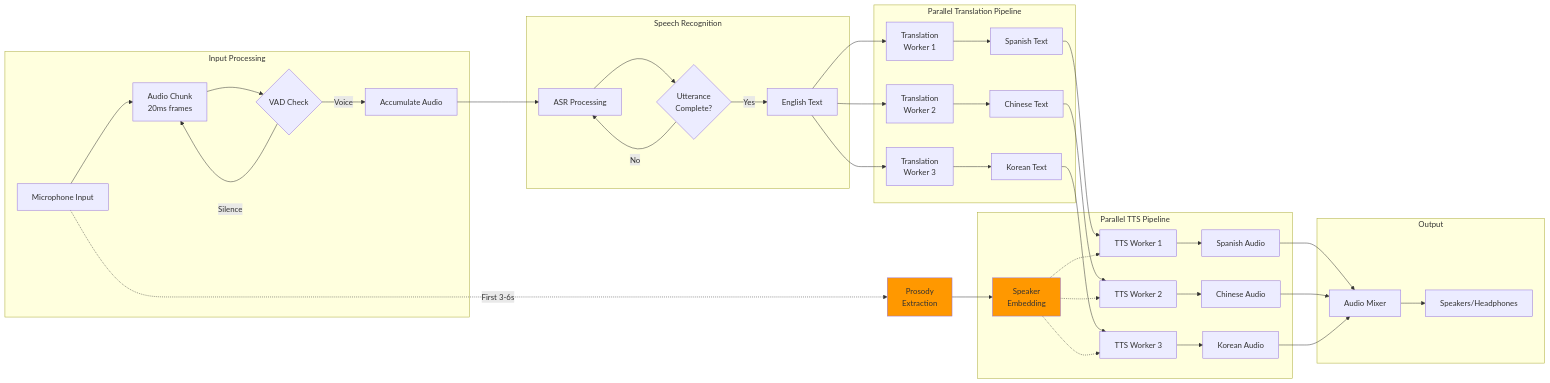
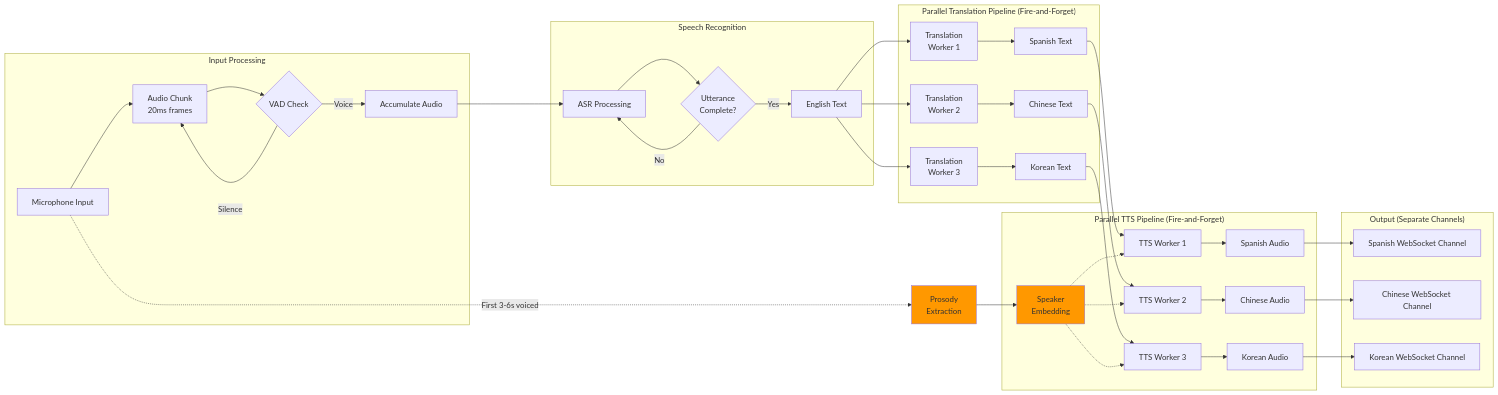
The fifth of 17 diagrams in plans/project-plan.md (naturally-translate/voice-bridge), drawn with Mermaid before and after one commit. The commit also changed other lines of this file, not shown here.

````diff
--- a/plans/project-plan.md
+++ b/plans/project-plan.md
@@ -324,53 +329,52 @@
 ```mermaid
 graph LR
     subgraph "Input Processing"
         A[Microphone Input] --> B[Audio Chunk<br/>20ms frames]
         B --> C{VAD Check}
         C -->|Silence| B
         C -->|Voice| D[Accumulate Audio]
     end
 
     subgraph "Speech Recognition"
         D --> E[ASR Processing]
         E --> F{Utterance<br/>Complete?}
         F -->|No| E
         F -->|Yes| G[English Text]
     end
 
-    subgraph "Parallel Translation Pipeline"
+    subgraph "Parallel Translation Pipeline (Fire-and-Forget)"
         G --> H1[Translation<br/>Worker 1]
         G --> H2[Translation<br/>Worker 2]
         G --> H3[Translation<br/>Worker 3]
 
         H1 --> I1[Spanish Text]
         H2 --> I2[Chinese Text]
         H3 --> I3[Korean Text]
     end
 
-    subgraph "Parallel TTS Pipeline"
+    subgraph "Parallel TTS Pipeline (Fire-and-Forget)"
         I1 --> J1[TTS Worker 1]
         I2 --> J2[TTS Worker 2]
         I3 --> J3[TTS Worker 3]
 
         SE[Speaker<br/>Embedding] -.-> J1
         SE -.-> J2
         SE -.-> J3
 
         J1 --> K1[Spanish Audio]
         J2 --> K2[Chinese Audio]
         J3 --> K3[Korean Audio]
     end
 
-    subgraph "Output"
-        K1 --> L[Audio Mixer]
-        K2 --> L
-        K3 --> L
-        L --> M[Speakers/Headphones]
+    subgraph "Output (Separate Channels)"
+        K1 --> L1[Spanish WebSocket Channel]
+        K2 --> L2[Chinese WebSocket Channel]
+        K3 --> L3[Korean WebSocket Channel]
     end
 
-    A -.->|First 3-6s| PE[Prosody<br/>Extraction]
+    A -.->|First 3-6s voiced| PE[Prosody<br/>Extraction]
     PE --> SE
 
     style SE fill:#ff9800
     style PE fill:#ff9800
 ```
````
